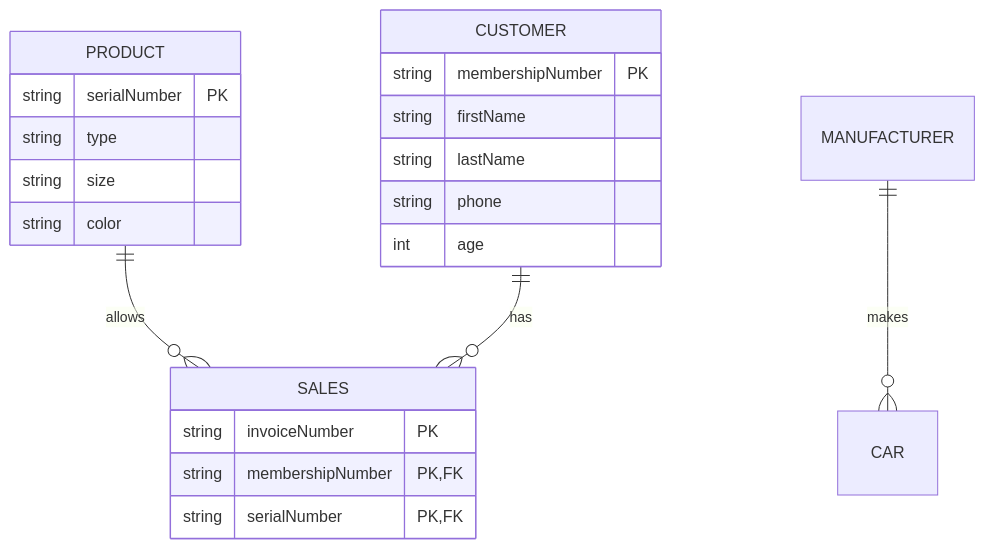
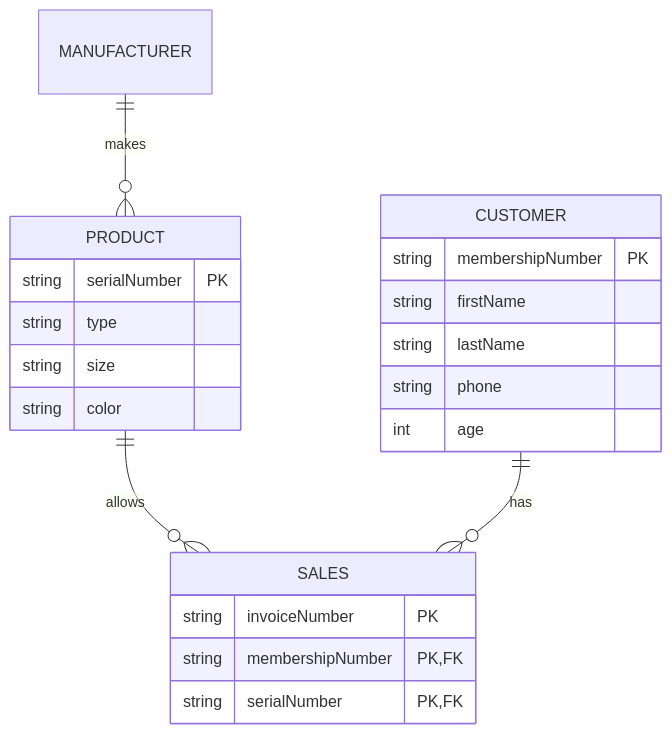
The first of 2 diagrams in README.md (mealvarez-my-waketech-edu/NikeStore_ERD.md), drawn with Mermaid before and after one commit.

````diff
--- a/README.md
+++ b/README.md
@@ -8,24 +8,24 @@
 ```mermaid
 erDiagram
     PRODUCT ||--o{ SALES : allows
     PRODUCT {
         string serialNumber PK
         string type
         string size
         string color
     }
     CUSTOMER ||--o{ SALES : has
     CUSTOMER {
         string membershipNumber PK
         string firstName
         string lastName
         string phone
         int age
     }
     SALES {
         string invoiceNumber PK
         string membershipNumber PK, FK
         string serialNumber PK, FK
     }
-    MANUFACTURER only one to zero or more CAR : makes
+    MANUFACTURER only one to zero or more PRODUCT : makes
 ```
````
